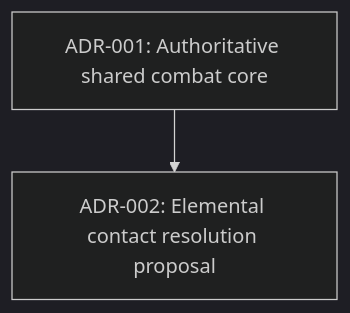
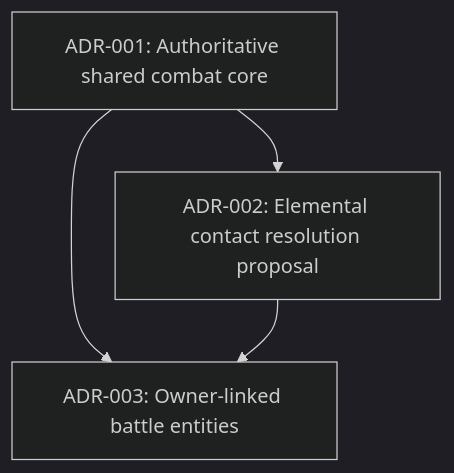
One commit to AescaLiebert/Roguelite-Turnbased-Project changed the diagram in Doc_7DSGCCopyCat/Docs(Template)/3_Outputs/ADRs/README.md. Above: the diagram before and after it, drawn with Mermaid (dark theme). The commit also changed other lines of this file and 1995 other files, not shown here.

````diff
--- a/Doc_7DSGCCopyCat/Docs(Template)/3_Outputs/ADRs/README.md
+++ b/Doc_7DSGCCopyCat/Docs(Template)/3_Outputs/ADRs/README.md
@@ -7,6 +7,9 @@
 ```mermaid
 graph TD
     ADR001["ADR-001: Authoritative shared combat core"]
     ADR002["ADR-002: Elemental contact resolution proposal"]
+    ADR003["ADR-003: Owner-linked battle entities"]
     ADR001 --> ADR002
+    ADR001 --> ADR003
+    ADR002 --> ADR003
 ```
````
